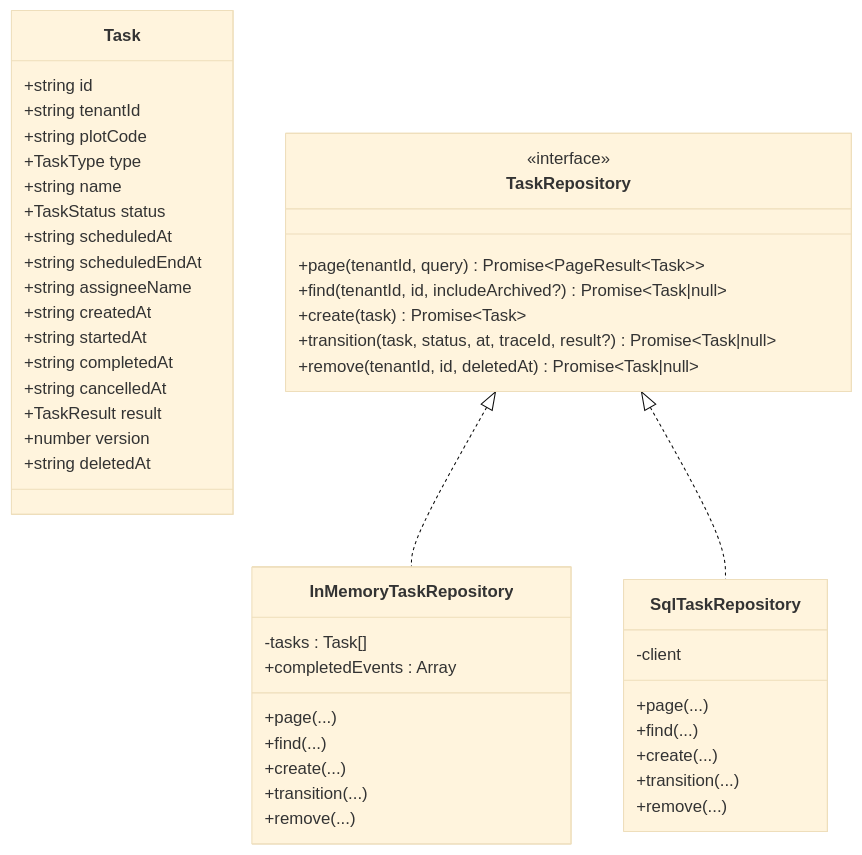
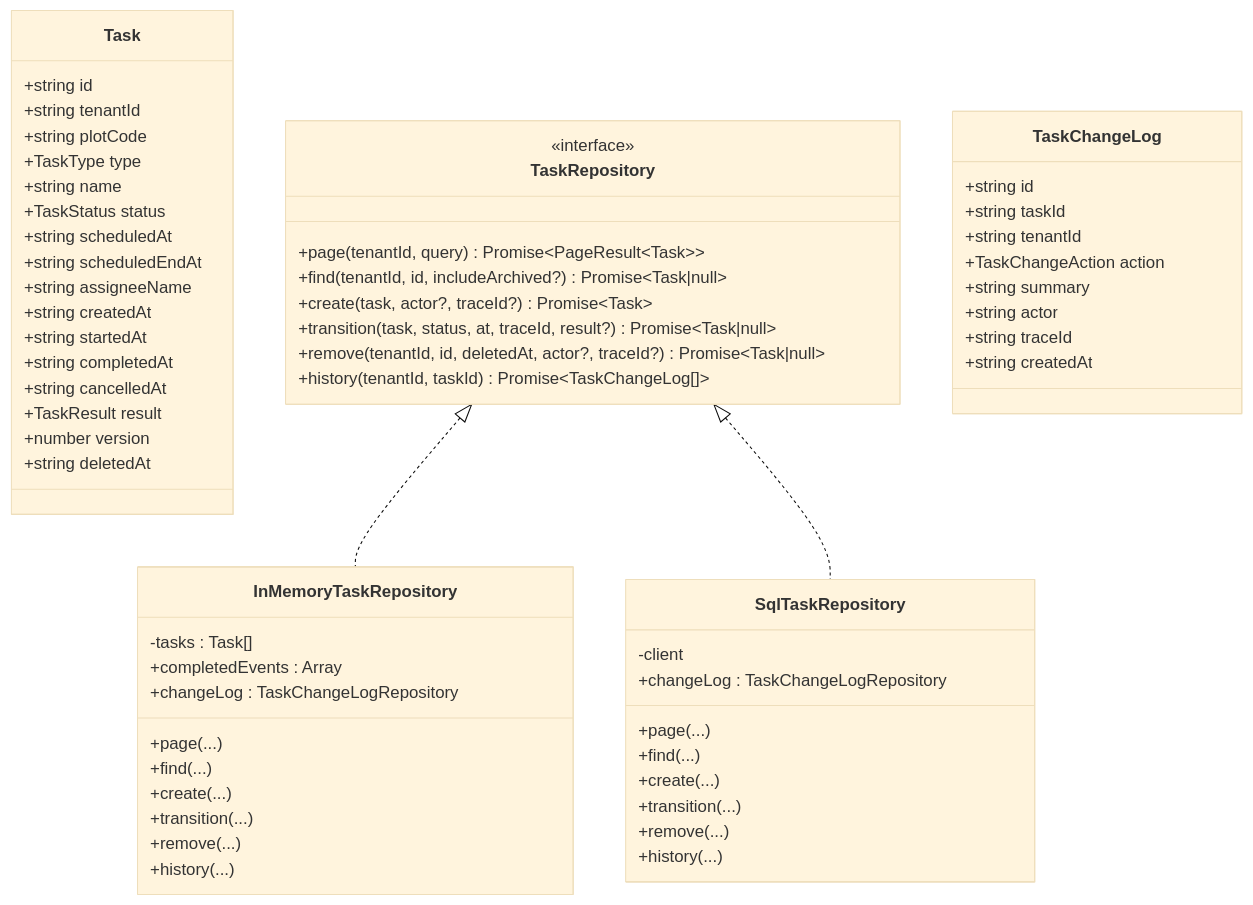
One commit to q446328246/agri-platform changed the fourth of 10 diagrams in .qoder/repowiki/zh/content/核心服务文档/作业服务.md. Above: the diagram before and after it, drawn with Mermaid (base theme). The commit also changed other lines of this file and 38 other files, not shown here.

````diff
--- a/.qoder/repowiki/zh/content/核心服务文档/作业服务.md
+++ b/.qoder/repowiki/zh/content/核心服务文档/作业服务.md
@@ -207,48 +225,63 @@
 ```mermaid
 classDiagram
 class Task {
 +string id
 +string tenantId
 +string plotCode
 +TaskType type
 +string name
 +TaskStatus status
 +string scheduledAt
 +string scheduledEndAt
 +string assigneeName
 +string createdAt
 +string startedAt
 +string completedAt
 +string cancelledAt
 +TaskResult result
 +number version
 +string deletedAt
 }
 class TaskRepository {
 <<interface>>
 +page(tenantId, query) Promise~PageResult~Task~~
 +find(tenantId, id, includeArchived?) Promise~Task|null~
-+create(task) Promise~Task~
++create(task, actor?, traceId?) Promise~Task~
 +transition(task, status, at, traceId, result?) Promise~Task|null~
-+remove(tenantId, id, deletedAt) Promise~Task|null~
++remove(tenantId, id, deletedAt, actor?, traceId?) Promise~Task|null~
++history(tenantId, taskId) Promise~TaskChangeLog[]~
+}
+class TaskChangeLog {
++string id
++string taskId
++string tenantId
++TaskChangeAction action
++string summary
++string actor
++string traceId
++string createdAt
 }
 class InMemoryTaskRepository {
 -tasks : Task[]
 +completedEvents : Array
++changeLog : TaskChangeLogRepository
 +page(...)
 +find(...)
 +create(...)
 +transition(...)
 +remove(...)
++history(...)
 }
 class SqlTaskRepository {
 -client
++changeLog : TaskChangeLogRepository
 +page(...)
 +find(...)
 +create(...)
 +transition(...)
 +remove(...)
++history(...)
 }
 TaskRepository <|.. InMemoryTaskRepository
 TaskRepository <|.. SqlTaskRepository
 ```
````
